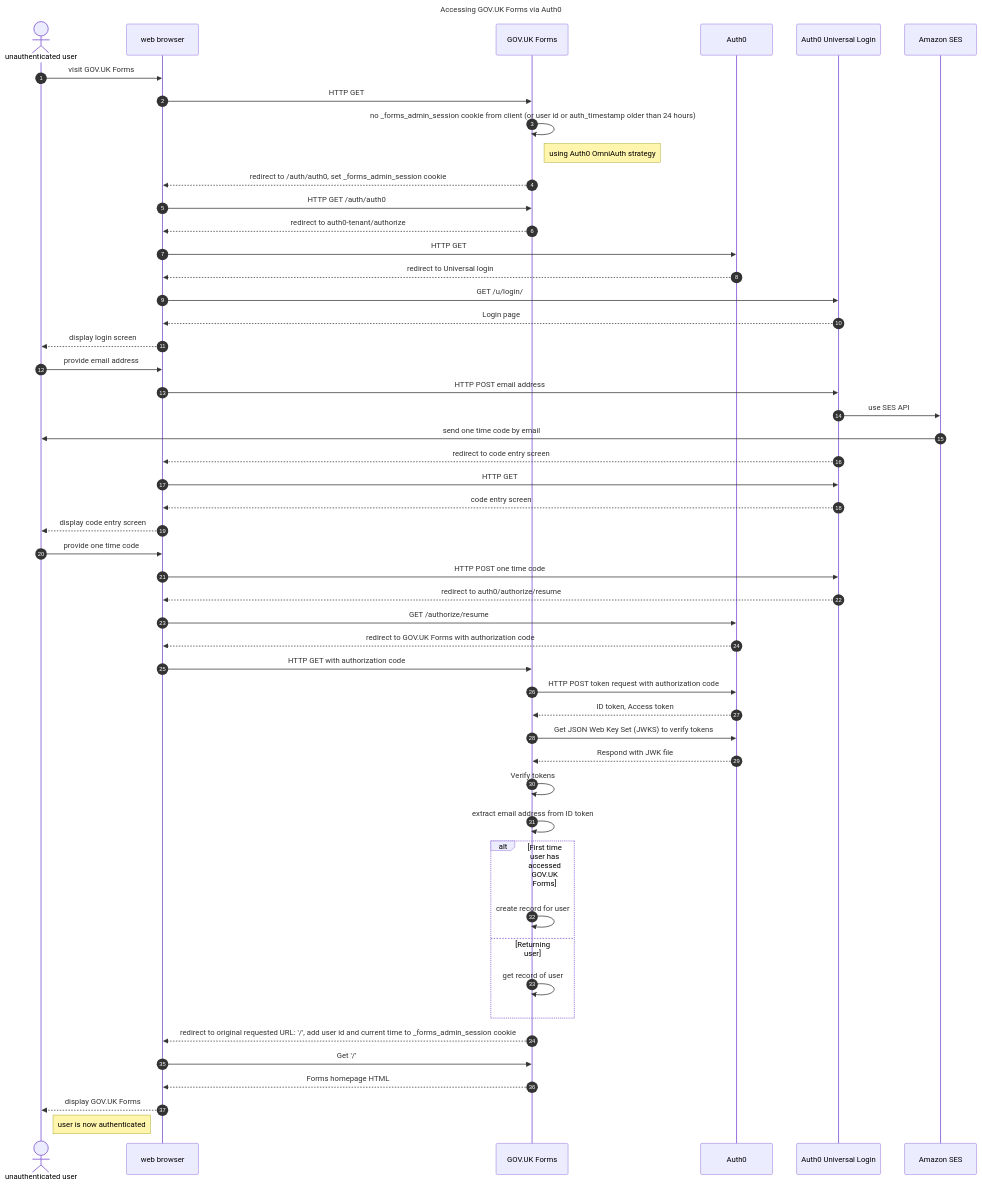
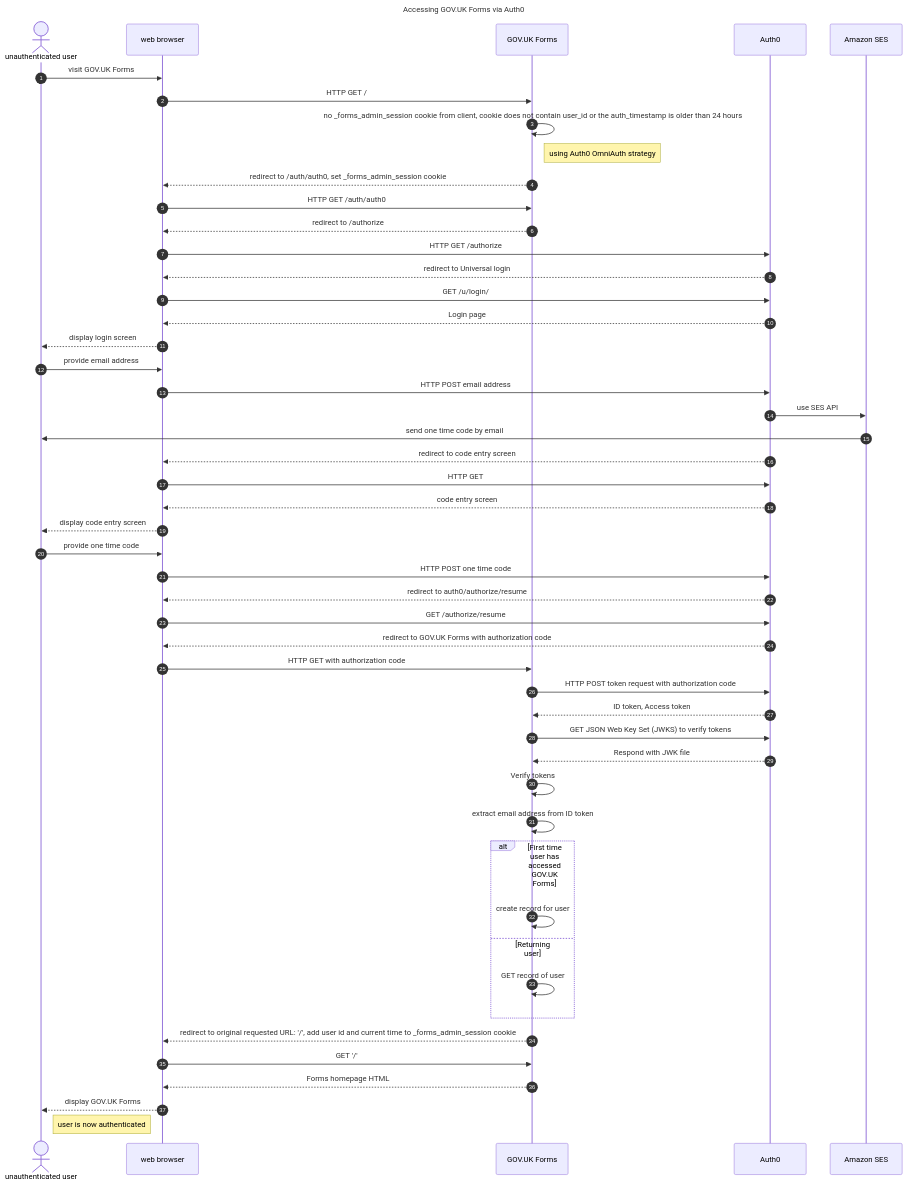
The diagram in diagrams/sequence-diagrams/authentication.md (alphagov/forms), drawn with Mermaid before and after one commit.

Commit message:
Return Auth0 to single actor, cleanup text
- Auth0 is back to being represented by a single actor.
- fix text about first redirect condition
- Add path to Get requests

````diff
--- a/diagrams/sequence-diagrams/authentication.md
+++ b/diagrams/sequence-diagrams/authentication.md
@@ -3,58 +3,57 @@
 ```mermaid
 sequenceDiagram
     autonumber
     title Accessing GOV.UK Forms via Auth0
     actor user as unauthenticated user
     participant browser as web browser
     participant forms as GOV.UK Forms
     participant auth0 as Auth0
-    participant auth0-ui as Auth0 Universal Login
     participant ses as Amazon SES
 
     user ->> browser: visit GOV.UK Forms
-    browser ->> forms: HTTP GET
-    forms ->> forms: no _forms_admin_session cookie from client (or user id or auth_timestamp older than 24 hours)
+    browser ->> forms: HTTP GET /
+    forms ->> forms: no _forms_admin_session cookie from client, cookie does not contain user_id or the auth_timestamp is older than 24 hours
     note right of forms: using Auth0 OmniAuth strategy
     forms -->> browser: redirect to /auth/auth0, set _forms_admin_session cookie
     browser ->> forms: HTTP GET /auth/auth0
-    forms -->> browser: redirect to auth0-tenant/authorize
-    browser ->> auth0: HTTP GET
+    forms -->> browser: redirect to /authorize
+    browser ->> auth0: HTTP GET /authorize
     auth0 -->> browser: redirect to Universal login
-    browser ->> auth0-ui: GET /u/login/
-    auth0-ui -->> browser: Login page
+    browser ->> auth0: GET /u/login/
+    auth0 -->> browser: Login page
     browser -->> user: display login screen
 
     user ->> browser: provide email address
-    browser ->> auth0-ui: HTTP POST email address
-    auth0-ui ->> ses: use SES API
+    browser ->> auth0: HTTP POST email address
+    auth0 ->> ses: use SES API
     ses ->> user: send one time code by email
-    auth0-ui -->> browser: redirect to code entry screen
-    browser ->> auth0-ui: HTTP GET
-    auth0-ui -->> browser: code entry screen
+    auth0 -->> browser: redirect to code entry screen
+    browser ->> auth0: HTTP GET
+    auth0 -->> browser: code entry screen
     browser -->> user: display code entry screen
 
     user ->> browser: provide one time code
-    browser ->> auth0-ui: HTTP POST one time code
-    auth0-ui -->> browser: redirect to auth0/authorize/resume
+    browser ->> auth0: HTTP POST one time code
+    auth0 -->> browser: redirect to auth0/authorize/resume
     browser ->> auth0: GET /authorize/resume
     auth0 -->> browser: redirect to GOV.UK Forms with authorization code
 
     browser ->> forms: HTTP GET with authorization code
     forms ->> auth0: HTTP POST token request with authorization code
     auth0 -->> forms: ID token, Access token
-    forms ->> auth0: Get JSON Web Key Set (JWKS) to verify tokens
+    forms ->> auth0: GET JSON Web Key Set (JWKS) to verify tokens
     auth0 -->> forms: Respond with JWK file
     forms ->> forms: Verify tokens
     forms ->> forms: extract email address from ID token
     alt First time user has accessed GOV.UK Forms
         forms ->> forms: create record for user
     else Returning user
-        forms ->> forms: get record of user
+        forms ->> forms: GET record of user
     end
     forms -->> browser: redirect to original requested URL: '/', add user id and current time to _forms_admin_session cookie
-    browser ->> forms: Get '/'
+    browser ->> forms: GET '/'
     forms -->> browser: Forms homepage HTML
     browser -->> user: display GOV.UK Forms
 
     note right of user: user is now authenticated
 ```
````
